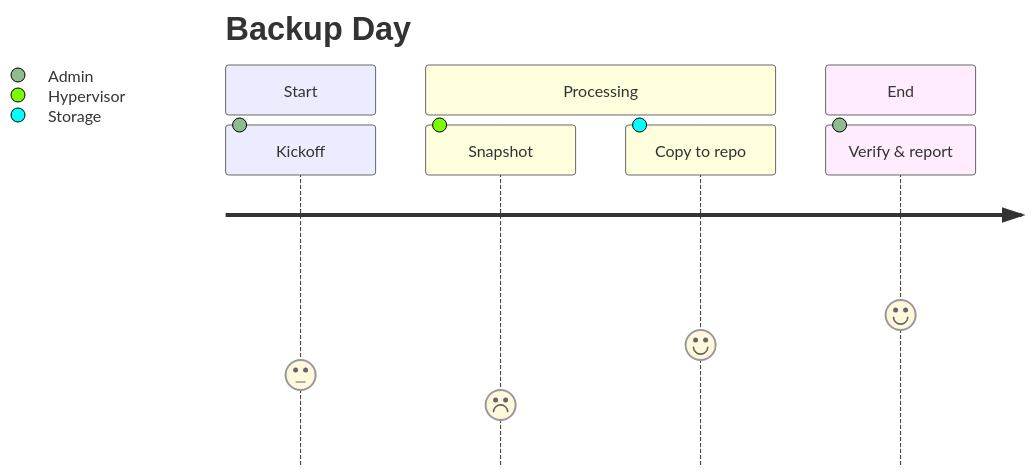
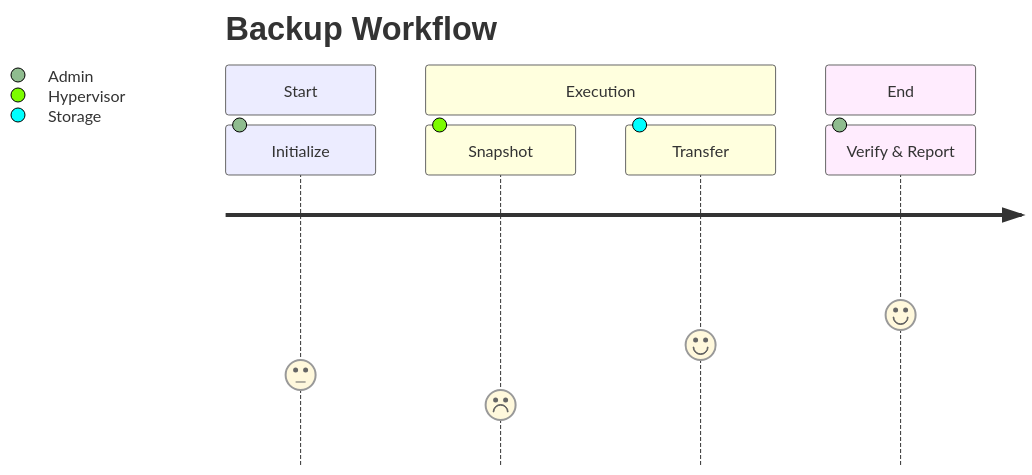
One commit to LieutenantJimmy/M143_PE24c_Homelab_Backup_Concept changed the sixth of 9 diagrams in 01-Concept/backup_concept.md. Above: the diagram before and after it, drawn with Mermaid. The commit also changed other lines of this file, not shown here.

````diff
--- a/01-Concept/backup_concept.md
+++ b/01-Concept/backup_concept.md
@@ -71,11 +79,11 @@
 ```mermaid
 journey
-  title Backup Day
+  title Backup Workflow
   section Start
-    Kickoff: 3: Admin
-  section Processing
+    Initialize: 3: Admin
+  section Execution
     Snapshot: 2: Hypervisor
-    Copy to repo: 4: Storage
+    Transfer: 4: Storage
   section End
-    Verify & report: 5: Admin
+    Verify & Report: 5: Admin
 ```
````
